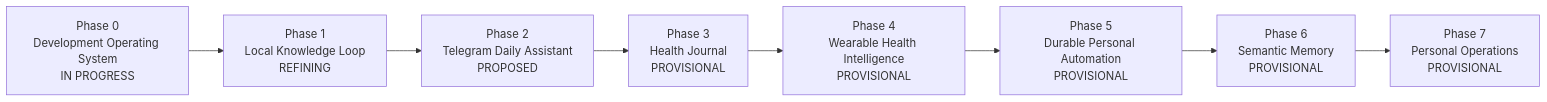
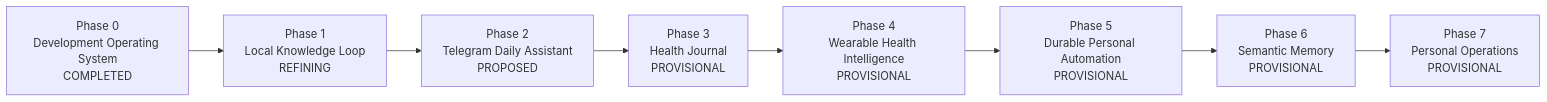
One commit to bo-ora/PAIOS changed the diagram in docs/ROADMAP.md. Above: the diagram before and after it, drawn with Mermaid. The commit also changed other lines of this file and 8 other files, not shown here.

````diff
--- a/docs/ROADMAP.md
+++ b/docs/ROADMAP.md
@@ -23,13 +24,13 @@
 ```mermaid
 flowchart LR
-    P0["Phase 0<br/>Development Operating System<br/>IN PROGRESS"]
+    P0["Phase 0<br/>Development Operating System<br/>COMPLETED"]
     P1["Phase 1<br/>Local Knowledge Loop<br/>REFINING"]
     P2["Phase 2<br/>Telegram Daily Assistant<br/>PROPOSED"]
     P3["Phase 3<br/>Health Journal<br/>PROVISIONAL"]
     P4["Phase 4<br/>Wearable Health Intelligence<br/>PROVISIONAL"]
     P5["Phase 5<br/>Durable Personal Automation<br/>PROVISIONAL"]
     P6["Phase 6<br/>Semantic Memory<br/>PROVISIONAL"]
     P7["Phase 7<br/>Personal Operations<br/>PROVISIONAL"]
 
     P0 --> P1 --> P2 --> P3 --> P4 --> P5 --> P6 --> P7
 ```
````
